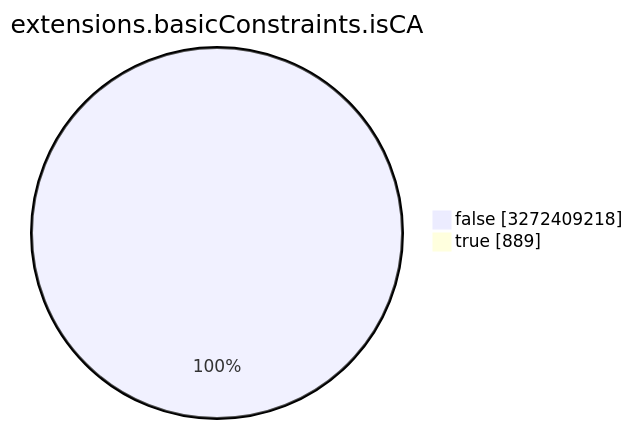
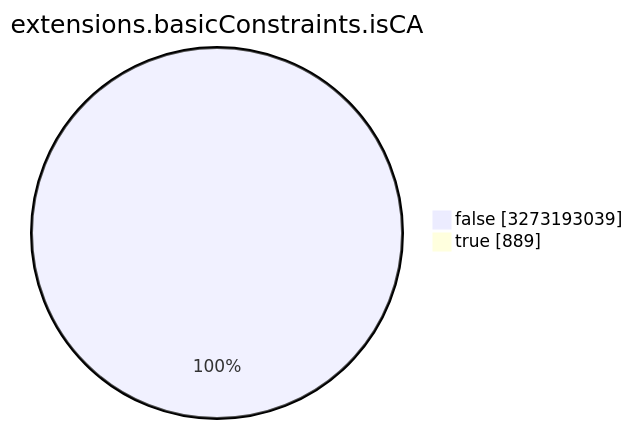
One commit to christiankrug/ctmonitor_visualization changed the seventh of 15 diagrams in TOTAL/README.md. Above: the diagram before and after it, drawn with Mermaid. The commit also changed other lines of this file, not shown here.

````diff
--- a/TOTAL/README.md
+++ b/TOTAL/README.md
@@ -3089,6 +3089,6 @@
 ```mermaid
 pie showData
 title extensions.basicConstraints.isCA
-"false" :3272409218
+"false" :3273193039
 "true" :889
 ```
````
